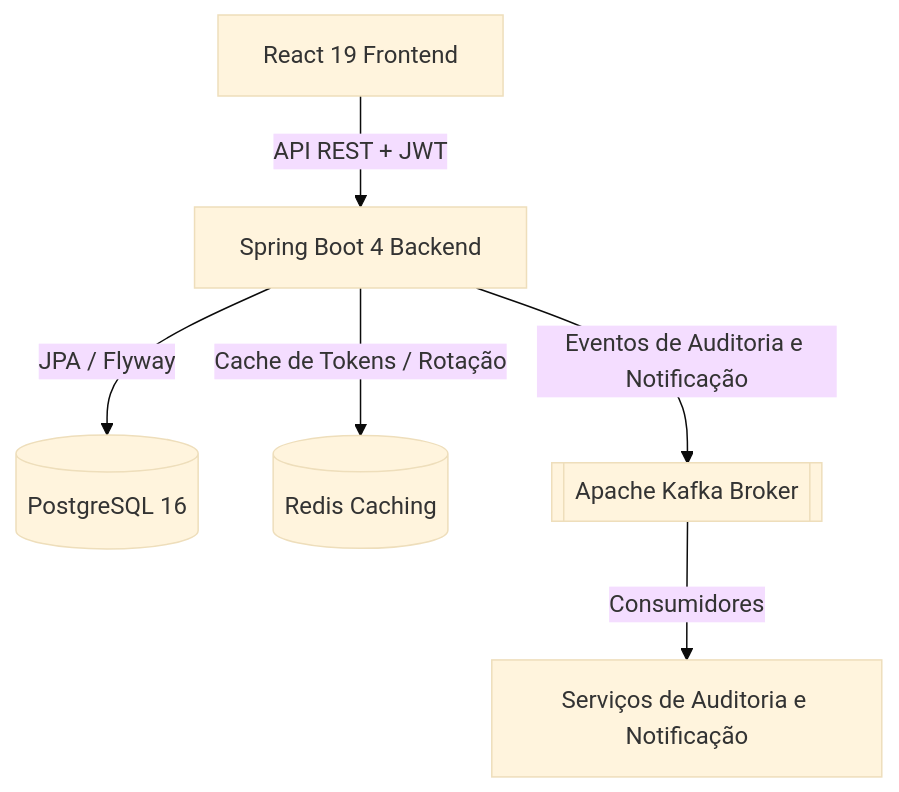
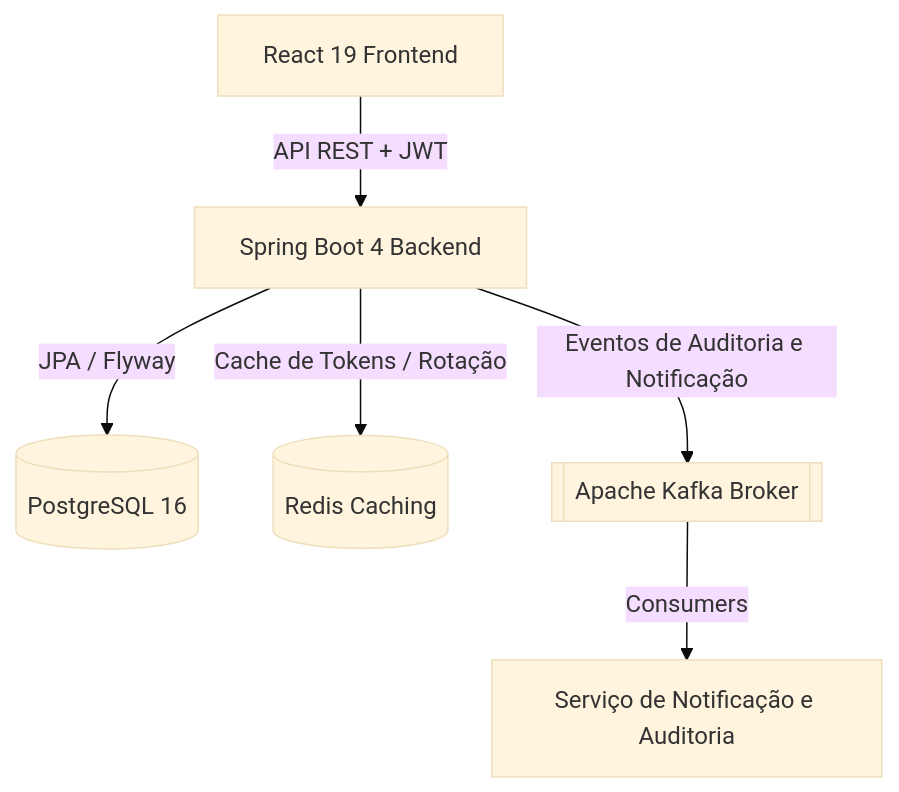
Before and after one commit to OdevMatheus/Nexum: the first of 3 diagrams in docs/README.pt-BR.md, drawn with Mermaid (base theme). The commit also changed other lines of this file and 1 other file, not shown here.

````diff
--- a/docs/README.pt-BR.md
+++ b/docs/README.pt-BR.md
@@ -45,8 +50,8 @@
 ```mermaid
 graph TD
     Client[React 19 Frontend] -->|API REST + JWT| API[Spring Boot 4 Backend]
     API -->|JPA / Flyway| DB[(PostgreSQL 16)]
     API -->|Cache de Tokens / Rotação| Redis[(Redis Caching)]
     API -->|Eventos de Auditoria e Notificação| Kafka[[Apache Kafka Broker]]
-    Kafka -->|Consumidores| Notify[Serviços de Auditoria e Notificação]
+    Kafka -->|Consumers| Notify[Serviço de Notificação e Auditoria]
 ```
````
